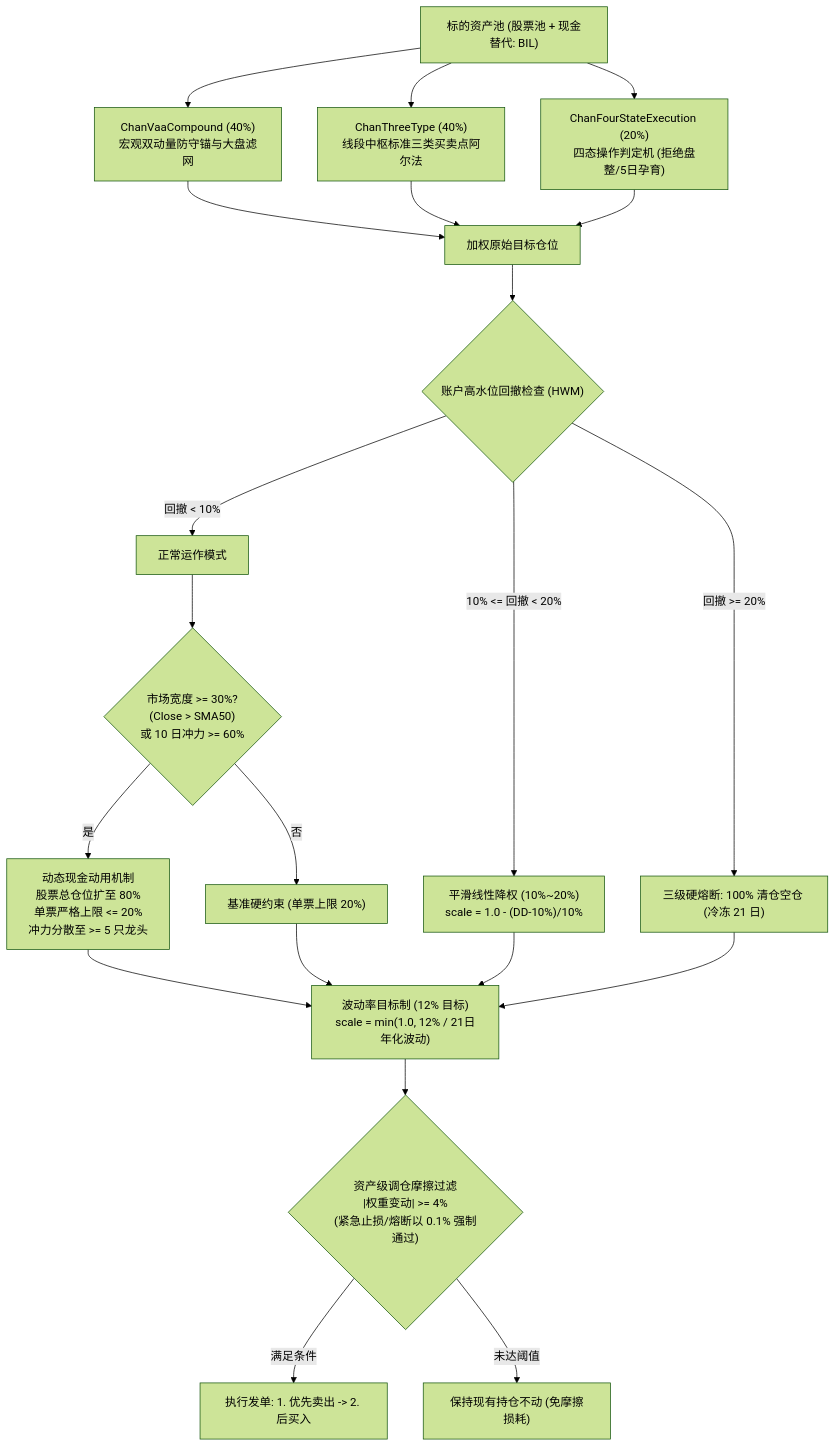
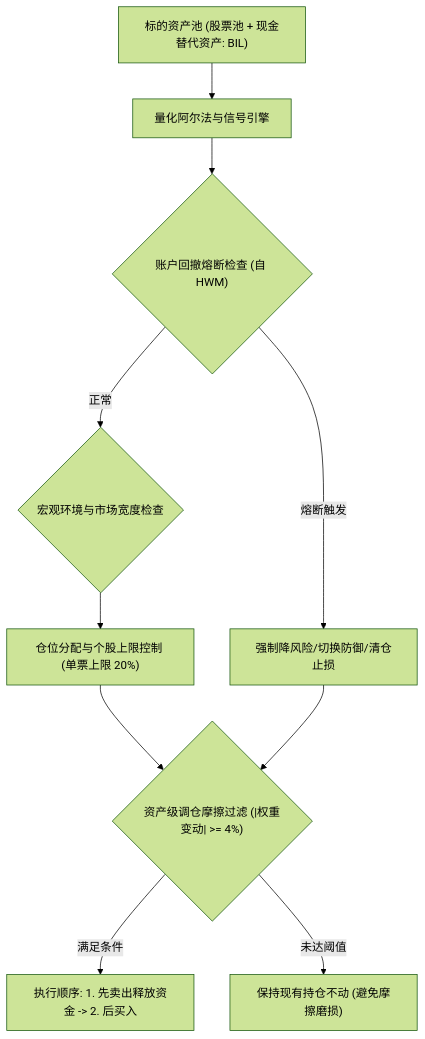
The first of 2 diagrams in docs/ruleset/chan_four_state_blend/rules_cn.md (stonewell/quant_research), drawn with Mermaid (forest theme) before and after one commit. The commit also changed other lines of this file and 15 other files, not shown here.

````diff
--- a/docs/ruleset/chan_four_state_blend/rules_cn.md
+++ b/docs/ruleset/chan_four_state_blend/rules_cn.md
@@ -23,23 +17,11 @@
 ```mermaid
 flowchart TD
-    Universe["标的资产池 (股票池 + 现金替代: BIL)"] --> Sub1["ChanVaaCompound (40%)<br>宏观双动量防守锚与大盘滤网"]
-    Universe --> Sub2["ChanThreeType (40%)<br>线段中枢标准三类买卖点阿尔法"]
-    Universe --> Sub3["ChanFourStateExecution (20%)<br>四态操作判定机 (拒绝盘整/5日孕育)"]
-    
-    Sub1 & Sub2 & Sub3 --> Blend["加权原始目标仓位"]
-    
-    Blend --> DDCheck{"账户高水位回撤检查 (HWM)"}
-    
-    DDCheck -- "回撤 < 10%" --> NormalMode["正常运作模式"]
-    DDCheck -- "10% <= 回撤 < 20%" --> SmoothDD["平滑线性降权 (10%~20%)<br>scale = 1.0 - (DD-10%)/10%"]
-    DDCheck -- "回撤 >= 20%" --> Tier3["三级硬熔断: 100% 清仓空仓 (冷冻 21 日)"]
-    
-    NormalMode --> BreadthCheck{"市场宽度 >= 30%?<br>(Close > SMA50)<br>或 10 日冲力 >= 60%"}
-    BreadthCheck -- "是" --> DynamicCash["动态现金动用机制<br>股票总仓位扩至 80%<br>单票严格上限 <= 20%<br>冲力分散至 >= 5 只龙头"]
-    BreadthCheck -- "否" --> BaseCap["基准硬约束 (单票上限 20%)"]
-    
-    DynamicCash & BaseCap & SmoothDD & Tier3 --> VolTarget["波动率目标制 (12% 目标)<br>scale = min(1.0, 12% / 21日年化波动)"]
-    VolTarget --> InertiaFilter{"资产级调仓摩擦过滤<br>|权重变动| >= 4%<br>(紧急止损/熔断以 0.1% 强制通过)"}
-    InertiaFilter -- "满足条件" --> OrderExec["执行发单: 1. 优先卖出 -> 2. 后买入"]
-    InertiaFilter -- "未达阈值" --> HoldPrior["保持现有持仓不动 (免摩擦损耗)"]
+    Universe["标的资产池 (股票池 + 现金替代资产: BIL)"] --> AlphaEngine["量化阿尔法与信号引擎"]
+    AlphaEngine --> DDCheck{"账户回撤熔断检查 (自 HWM)"}
+    DDCheck -- "正常" --> BreadthCheck{"宏观环境与市场宽度检查"}
+    DDCheck -- "熔断触发" --> RiskCut["强制降风险/切换防御/清仓止损"]
+    BreadthCheck --> Sizing["仓位分配与个股上限控制 (单票上限 20%)"]
+    Sizing & RiskCut --> FrictionFilter{"资产级调仓摩擦过滤 (|权重变动| >= 4%)"}
+    FrictionFilter -- "满足条件" --> OrderExec["执行顺序: 1. 先卖出释放资金 -> 2. 后买入"]
+    FrictionFilter -- "未达阈值" --> HoldPrior["保持现有持仓不动 (避免摩擦磨损)"]
 ```
````
